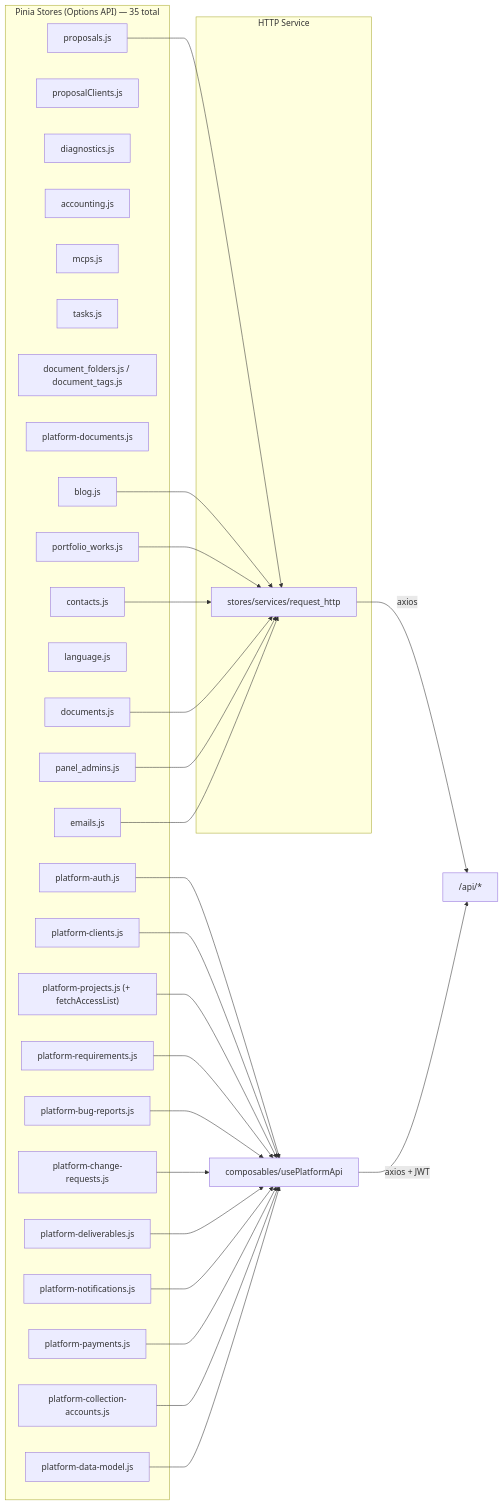
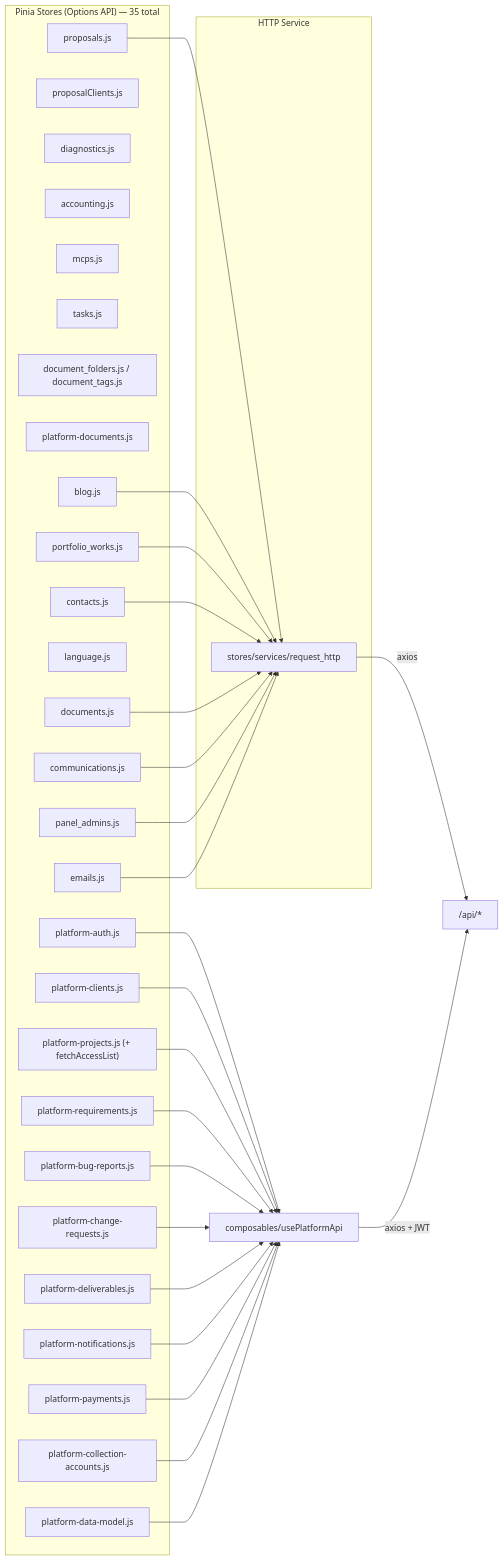
One commit to gustavop-dev/projectapp changed the ninth of 15 diagrams in docs/methodology/architecture.md. Above: the diagram before and after it, drawn with Mermaid. The commit also changed other lines of this file and 54 other files, not shown here.

````diff
--- a/docs/methodology/architecture.md
+++ b/docs/methodology/architecture.md
@@ -478,57 +495,59 @@
 ```mermaid
 flowchart LR
     subgraph Stores["Pinia Stores (Options API) — 35 total"]
         ProposalStore["proposals.js"]
         ProposalClientsStore["proposalClients.js"]
         DiagnosticsStore["diagnostics.js"]
         AccountingStore["accounting.js"]
         McpsStore["mcps.js"]
         TasksStore["tasks.js"]
         DocumentFoldersStore["document_folders.js / document_tags.js"]
         PlatformDocumentsStore["platform-documents.js"]
         BlogStore["blog.js"]
         PortfolioStore["portfolio_works.js"]
         ContactStore["contacts.js"]
         LanguageStore["language.js"]
         DocumentStore["documents.js"]
+        CommunicationsStore["communications.js"]
         PanelAdmins["panel_admins.js"]
         PlatformAuth["platform-auth.js"]
         PlatformClients["platform-clients.js"]
         PlatformProjects["platform-projects.js (+ fetchAccessList)"]
         PlatformRequirements["platform-requirements.js"]
         PlatformBugReports["platform-bug-reports.js"]
         PlatformChangeRequests["platform-change-requests.js"]
         PlatformDeliverables["platform-deliverables.js"]
         PlatformNotifications["platform-notifications.js"]
         PlatformPayments["platform-payments.js"]
         PlatformCollectionAccounts["platform-collection-accounts.js"]
         PlatformDataModel["platform-data-model.js"]
         EmailsStore["emails.js"]
     end
 
     subgraph HTTP["HTTP Service"]
         RequestHTTP["stores/services/request_http"]
     end
 
     ProposalStore --> RequestHTTP
     BlogStore --> RequestHTTP
     PortfolioStore --> RequestHTTP
     ContactStore --> RequestHTTP
     DocumentStore --> RequestHTTP
+    CommunicationsStore --> RequestHTTP
     PanelAdmins --> RequestHTTP
     PlatformAuth --> PlatformHTTP["composables/usePlatformApi"]
     PlatformClients --> PlatformHTTP
     PlatformProjects --> PlatformHTTP
     PlatformRequirements --> PlatformHTTP
     PlatformBugReports --> PlatformHTTP
     PlatformChangeRequests --> PlatformHTTP
     PlatformDeliverables --> PlatformHTTP
     PlatformNotifications --> PlatformHTTP
     PlatformPayments --> PlatformHTTP
     PlatformCollectionAccounts --> PlatformHTTP
     PlatformDataModel --> PlatformHTTP
     EmailsStore --> RequestHTTP
 
     RequestHTTP -->|axios| API["/api/*"]
     PlatformHTTP -->|axios + JWT| API
 ```
````
